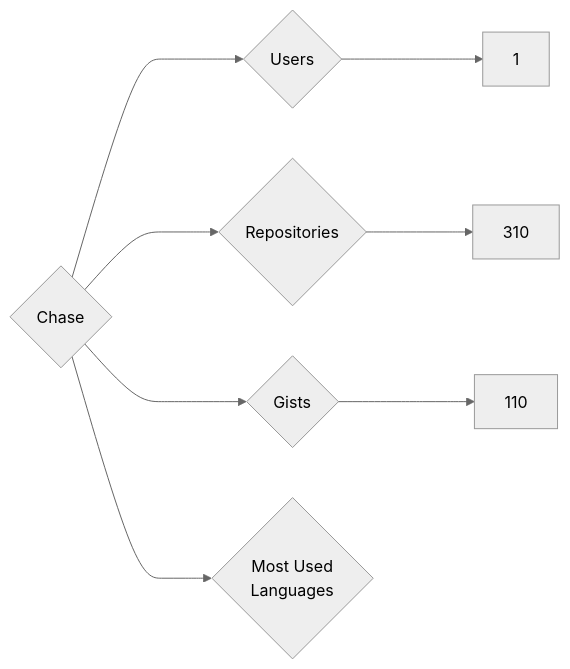
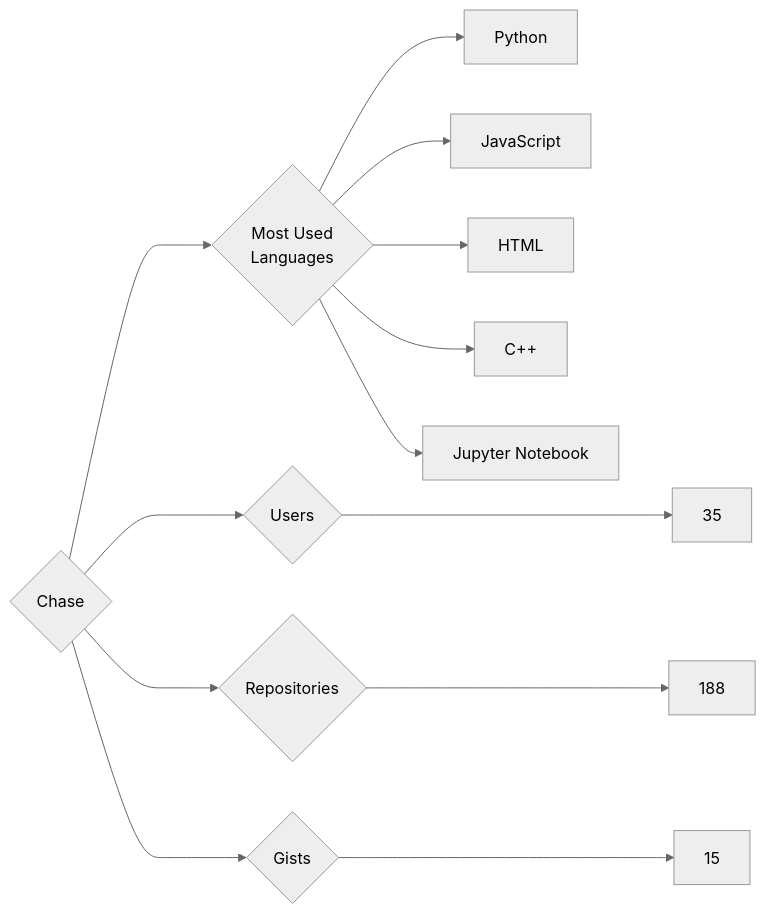
One commit to trickest/insiders changed the diagram in targets/Chase/README.md. Above: the diagram before and after it, drawn with Mermaid (neutral theme). The commit also changed 861 other files, not shown here.

````diff
--- a/targets/Chase/README.md
+++ b/targets/Chase/README.md
@@ -3,8 +3,13 @@
 ```mermaid
 graph LR
 COMPANY_NAME{Chase}
-COMPANY_NAME ---> U{Users} ---> UN[1]
-COMPANY_NAME ---> R{Repositories} ---> RN[310]
-COMPANY_NAME ---> G{Gists} ---> GN[110]
+COMPANY_NAME ---> U{Users} ---> UN[35]
+COMPANY_NAME ---> R{Repositories} ---> RN[188]
+COMPANY_NAME ---> G{Gists} ---> GN[15]
 COMPANY_NAME ---> ML{Most Used<br>Languages}
+ML --> Python[Python]
+ML --> JavaScript[JavaScript]
+ML --> HTML[HTML]
+ML --> C++[C++]
+ML --> Jupyter_Notebook[Jupyter Notebook]
 ```
````
